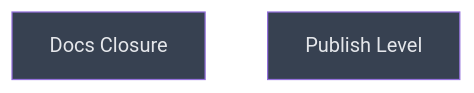
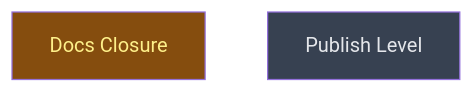
The diagram in __roadmap__/update-flow-hardening/next/next/README.md (LittleCoinCoin/sift), drawn with Mermaid before and after one commit. The commit also changed other lines of this file and 1 other file, not shown here.

Commit message:
rdm(update-flow-hardening): close level 2 and start level 3
CI, the release workflow and both E2E layers passed adversarial review
and landed. On the integration tip actionlint is clean, svelte-check
reports 0 errors on 121 files, 80 node tests pass with the signing tools
required, 43 rust tests pass, and commitizen computes 0.2.0. The mock
update server and the release pipeline emit the same latest.json shape.
The native E2E updated a real 0.0.1 build to 0.2.0, and the browser
harness passes all 13 UX scenarios.

````diff
--- a/__roadmap__/update-flow-hardening/next/next/README.md
+++ b/__roadmap__/update-flow-hardening/next/next/README.md
@@ -20,10 +20,10 @@
 ```mermaid
 graph TD
-    docs_closure[Docs Closure]:::planned
+    docs_closure[Docs Closure]:::inprogress
     next[Publish Level]:::planned
     classDef done       fill:#166534,color:#bbf7d0
     classDef inprogress fill:#854d0e,color:#fef08a
     classDef planned    fill:#374151,color:#e5e7eb
     classDef amendment  fill:#1e3a5f,color:#bfdbfe
     classDef blocked    fill:#7f1d1d,color:#fecaca
 ```
````
